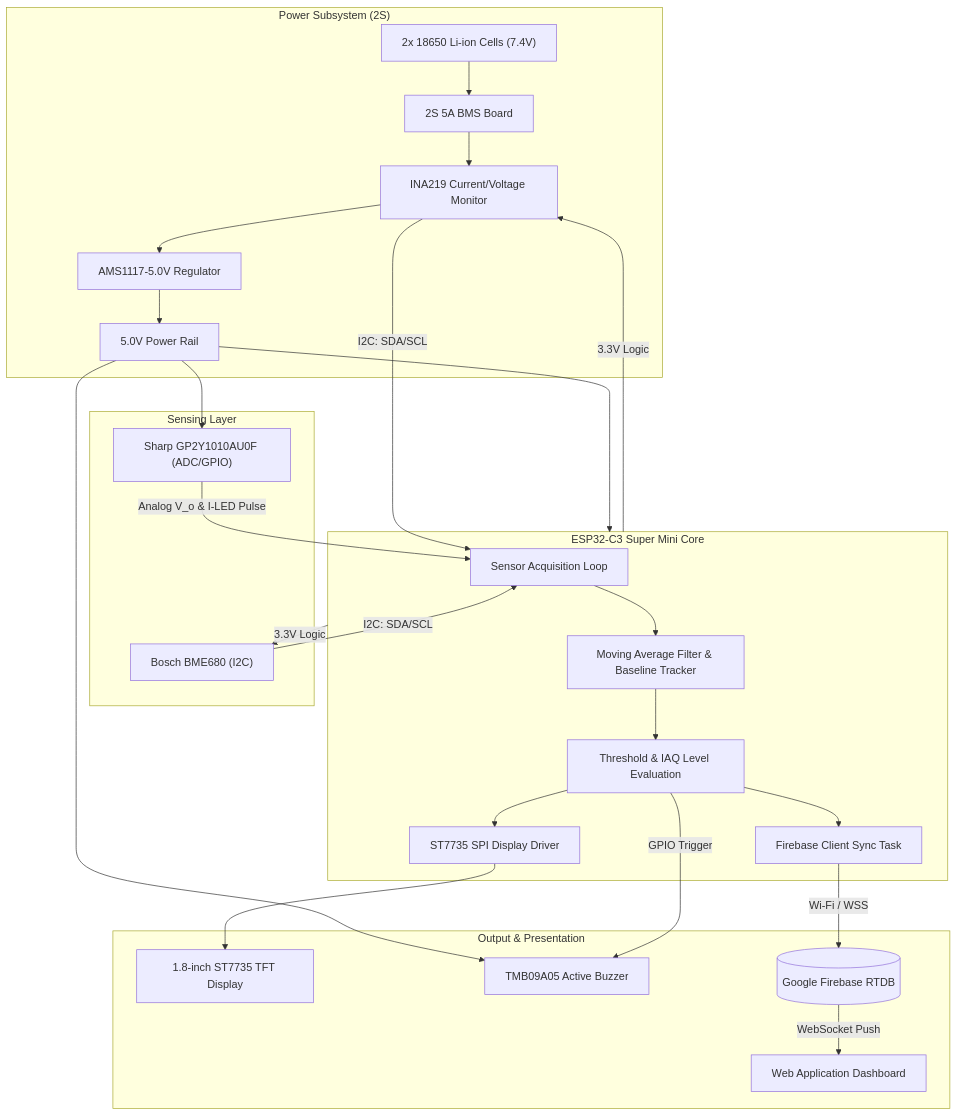
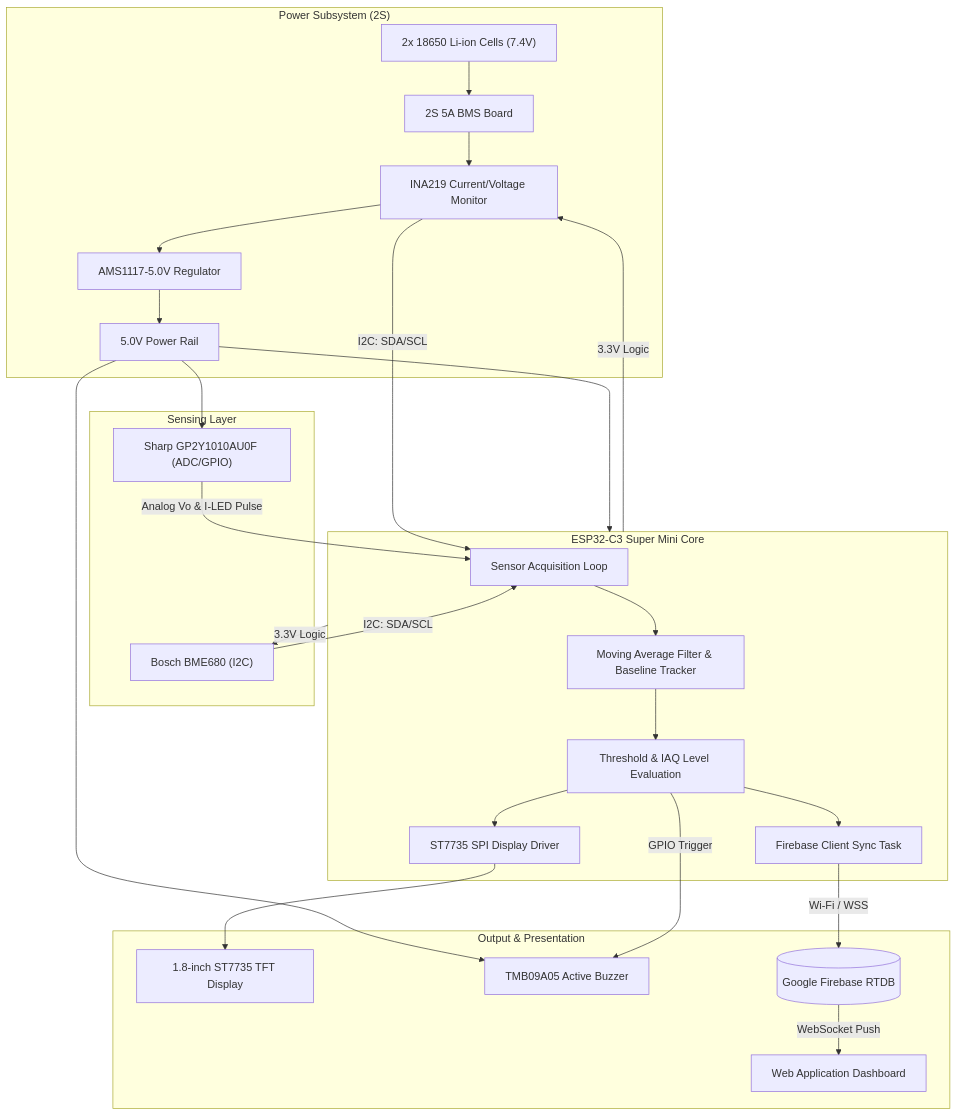
The diagram in docs/reports/chapter_2_theoretical_background.md (DienKiku/Indoor-Air-Quality-Project), drawn with Mermaid before and after one commit. The commit also changed 1 other file, not shown here.

Commit message:
fix(docs): wrap mermaid arrow labels in quotes to resolve GitHub rendering syntax error

````diff
--- a/docs/reports/chapter_2_theoretical_background.md
+++ b/docs/reports/chapter_2_theoretical_background.md
@@ -192,45 +192,45 @@
 ```mermaid
 flowchart TD
     subgraph Power["Power Subsystem (2S)"]
         Bat["2x 18650 Li-ion Cells (7.4V)"] --> BMS["2S 5A BMS Board"]
         BMS --> INA["INA219 Current/Voltage Monitor"]
         INA --> LDO["AMS1117-5.0V Regulator"]
         LDO --> Rail5V["5.0V Power Rail"]
     end
 
     subgraph Sensing["Sensing Layer"]
         BME["Bosch BME680 (I2C)"]
         Dust["Sharp GP2Y1010AU0F (ADC/GPIO)"]
     end
 
     subgraph Processing["ESP32-C3 Super Mini Core"]
         Sample["Sensor Acquisition Loop"]
         Filter["Moving Average Filter & Baseline Tracker"]
         Eval["Threshold & IAQ Level Evaluation"]
         DisplayDriver["ST7735 SPI Display Driver"]
         CloudDriver["Firebase Client Sync Task"]
     end
 
     subgraph Output["Output & Presentation"]
         TFT["1.8-inch ST7735 TFT Display"]
         Buzzer["TMB09A05 Active Buzzer"]
         Firebase[("Google Firebase RTDB")]
         Dashboard["Web Application Dashboard"]
     end
 
     Rail5V --> Dust
     Rail5V --> Buzzer
     Rail5V --> Processing
-    Processing -->|3.3V Logic| BME
-    Processing -->|3.3V Logic| INA
+    Processing -->|"3.3V Logic"| BME
+    Processing -->|"3.3V Logic"| INA
     
-    BME -->|I2C: SDA/SCL| Sample
-    INA -->|I2C: SDA/SCL| Sample
-    Dust -->|Analog V_o & I-LED Pulse| Sample
+    BME -->|"I2C: SDA/SCL"| Sample
+    INA -->|"I2C: SDA/SCL"| Sample
+    Dust -->|"Analog Vo & I-LED Pulse"| Sample
     
     Sample --> Filter --> Eval
     Eval --> DisplayDriver --> TFT
-    Eval -->|GPIO Trigger| Buzzer
-    Eval --> CloudDriver -->|Wi-Fi / WSS| Firebase
-    Firebase -->|WebSocket Push| Dashboard
+    Eval -->|"GPIO Trigger"| Buzzer
+    Eval --> CloudDriver -->|"Wi-Fi / WSS"| Firebase
+    Firebase -->|"WebSocket Push"| Dashboard
 ```
````
